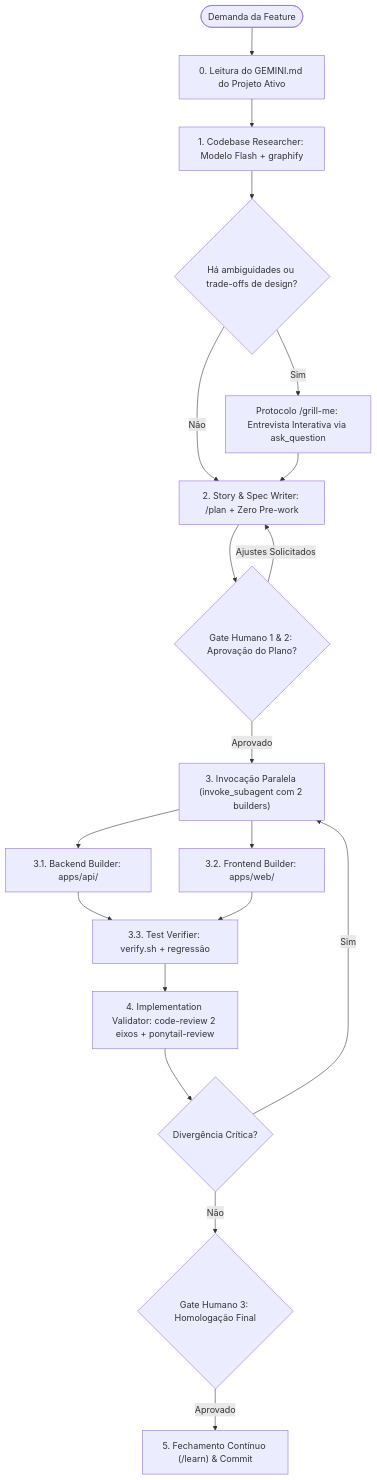
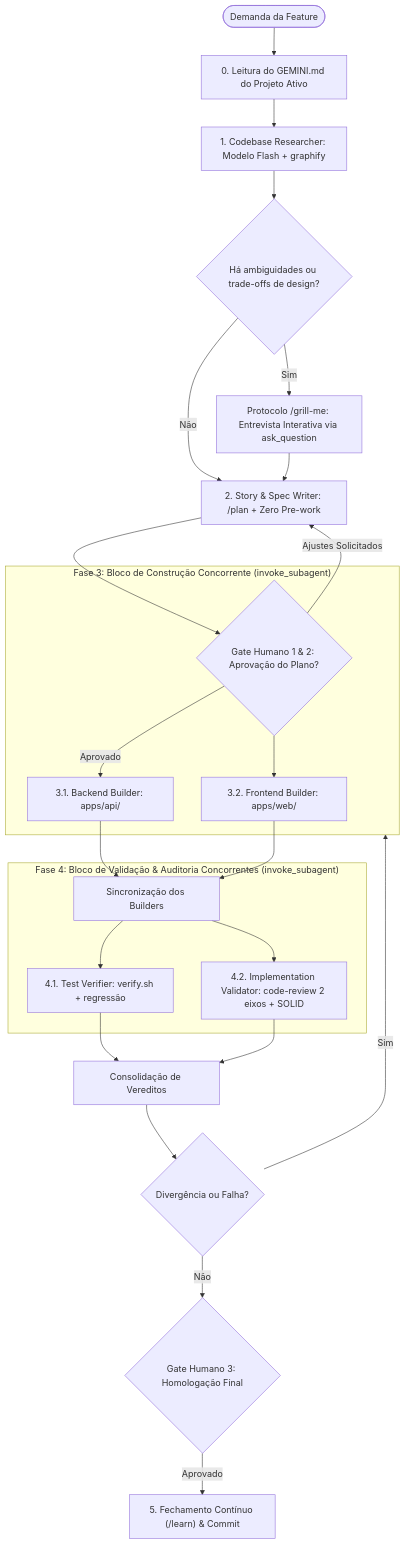
The diagram in .agents/skills/feature-factory/SKILL.md (luis-henrique-carvalho/tiktok-gamer-lives), drawn with Mermaid before and after one commit. The commit also changed other lines of this file and 3 other files, not shown here.

````diff
--- a/.agents/skills/feature-factory/SKILL.md
+++ b/.agents/skills/feature-factory/SKILL.md
@@ -53,26 +54,34 @@
 ```mermaid
 flowchart TD
     START([Demanda da Feature]) --> FASE0[0. Leitura do GEMINI.md do Projeto Ativo]
     FASE0 --> FASE1[1. Codebase Researcher: Modelo Flash + graphify]
     FASE1 --> DECISAO_CHECK{Há ambiguidades ou trade-offs de design?}
     
     DECISAO_CHECK -- "Sim" --> GRILL_ME[Protocolo /grill-me: Entrevista Interativa via ask_question]
     DECISAO_CHECK -- "Não" --> FASE2[2. Story & Spec Writer: /plan + Zero Pre-work]
     GRILL_ME --> FASE2
     
     FASE2 --> GATE1{Gate Humano 1 & 2: Aprovação do Plano?}
     GATE1 -- "Ajustes Solicitados" --> FASE2
-    GATE1 -- "Aprovado" --> FASE3_PARALLEL["3. Invocação Paralela (invoke_subagent com 2 builders)"]
     
-    FASE3_PARALLEL --> FASE3_BE[3.1. Backend Builder: apps/api/]
-    FASE3_PARALLEL --> FASE3_FE[3.2. Frontend Builder: apps/web/]
+    subgraph FASE3 ["Fase 3: Bloco de Construção Concorrente (invoke_subagent)"]
+        GATE1 -- "Aprovado" --> FASE3_BE[3.1. Backend Builder: apps/api/]
+        GATE1 --> FASE3_FE[3.2. Frontend Builder: apps/web/]
+    end
     
-    FASE3_BE --> FASE3_TEST[3.3. Test Verifier: verify.sh + regressão]
-    FASE3_FE --> FASE3_TEST
+    FASE3_BE --> SYNC_BUILD[Sincronização dos Builders]
+    FASE3_FE --> SYNC_BUILD
     
-    FASE3_TEST --> FASE4[4. Implementation Validator: code-review 2 eixos + ponytail-review]
-    FASE4 --> CHECK_FAIL{Divergência Crítica?}
-    CHECK_FAIL -- "Sim" --> FASE3_PARALLEL
+    subgraph FASE4 ["Fase 4: Bloco de Validação & Auditoria Concorrentes (invoke_subagent)"]
+        SYNC_BUILD --> FASE4_TEST[4.1. Test Verifier: verify.sh + regressão]
+        SYNC_BUILD --> FASE4_VAL[4.2. Implementation Validator: code-review 2 eixos + SOLID]
+    end
+    
+    FASE4_TEST --> SYNC_VAL[Consolidação de Vereditos]
+    FASE4_VAL --> SYNC_VAL
+    
+    SYNC_VAL --> CHECK_FAIL{Divergência ou Falha?}
+    CHECK_FAIL -- "Sim" --> FASE3
     CHECK_FAIL -- "Não" --> GATE3{Gate Humano 3: Homologação Final}
     GATE3 -- "Aprovado" --> FASE5["5. Fechamento Contínuo (/learn) & Commit"]
 ```
````
